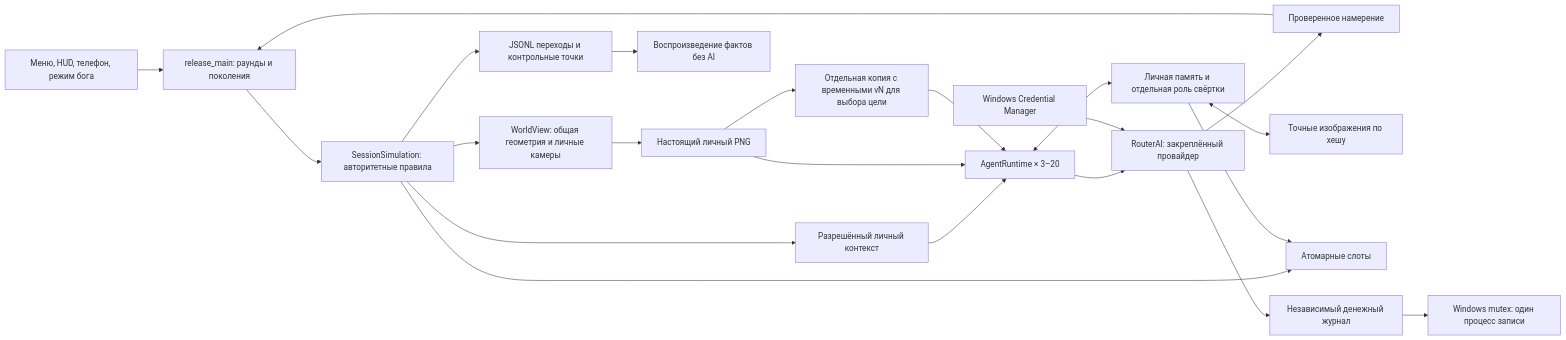
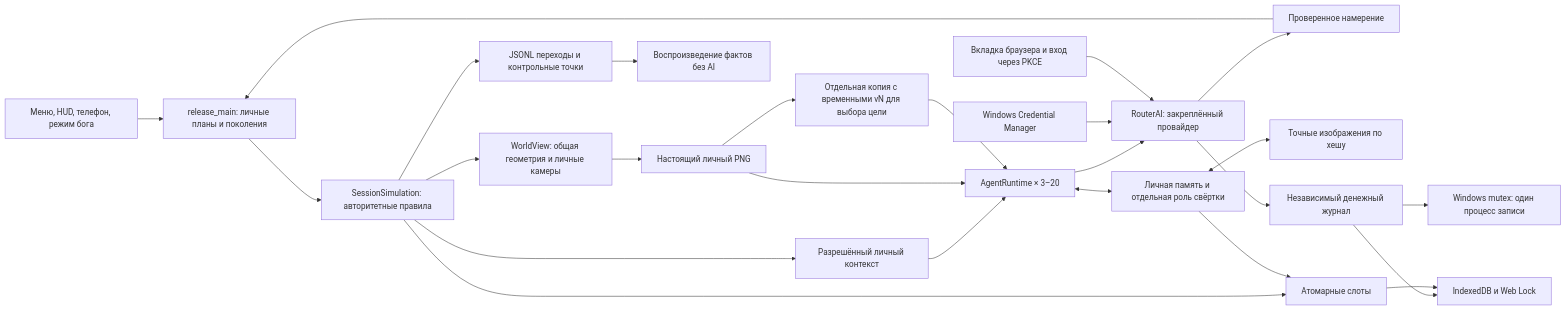
One commit to AdamCage/ai-sims changed the diagram in docs/ENGINE_ARCHITECTURE.md. Above: the diagram before and after it, drawn with Mermaid. The commit also changed other lines of this file and 162 other files, not shown here.

````diff
--- a/docs/ENGINE_ARCHITECTURE.md
+++ b/docs/ENGINE_ARCHITECTURE.md
@@ -5,24 +5,27 @@
 ```mermaid
 flowchart LR
-    UI[Меню, HUD, телефон, режим бога] --> Main[release_main: раунды и поколения]
+    UI[Меню, HUD, телефон, режим бога] --> Main[release_main: личные планы и поколения]
     Main --> Sim[SessionSimulation: авторитетные правила]
     Sim --> View[WorldView: общая геометрия и личные камеры]
     View --> PNG[Настоящий личный PNG]
     Sim --> Own[Разрешённый личный контекст]
     Own --> RT[AgentRuntime × 3–20]
     PNG --> RT
 	PNG --> Handles[Отдельная копия с временными vN для выбора цели]
 	Handles --> RT
     RT --> Adapter[RouterAI: закреплённый провайдер]
     Adapter --> Intent[Проверенное намерение]
     Intent --> Main
     RT <--> Memory[Личная память и отдельная роль свёртки]
     Memory <--> Media[Точные изображения по хешу]
     Sim --> Journal[JSONL переходы и контрольные точки]
     Journal --> Replay[Воспроизведение фактов без AI]
     Sim --> Save[Атомарные слоты]
     Memory --> Save
     Adapter --> Ledger[Независимый денежный журнал]
     Ledger --> Lease[Windows mutex: один процесс записи]
     Vault[Windows Credential Manager] --> Adapter
+    Browser[Вкладка браузера и вход через PKCE] --> Adapter
+    Ledger --> IDB[IndexedDB и Web Lock]
+    Save --> IDB
 ```
````
